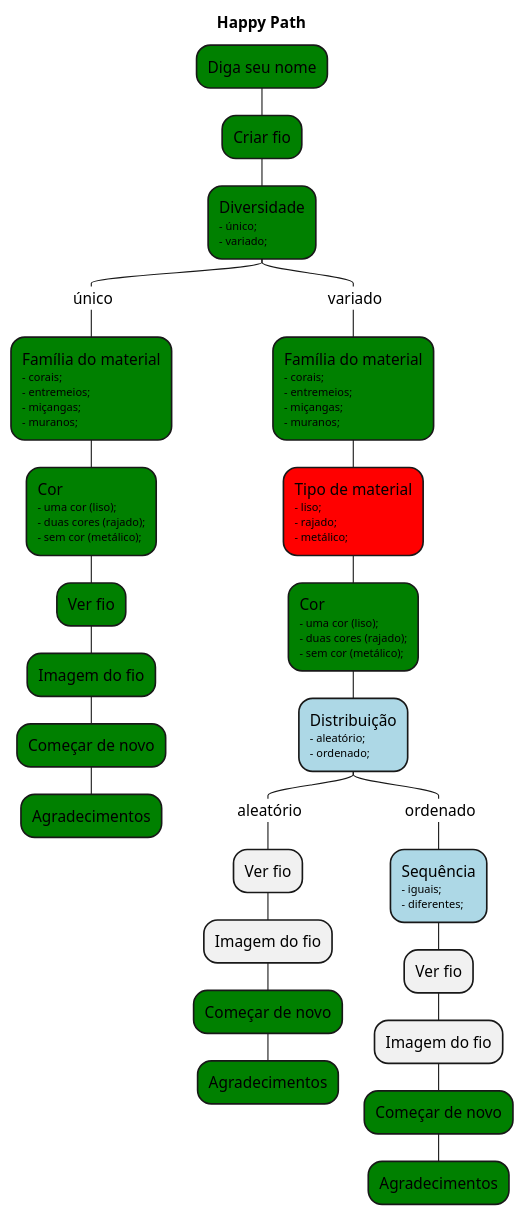
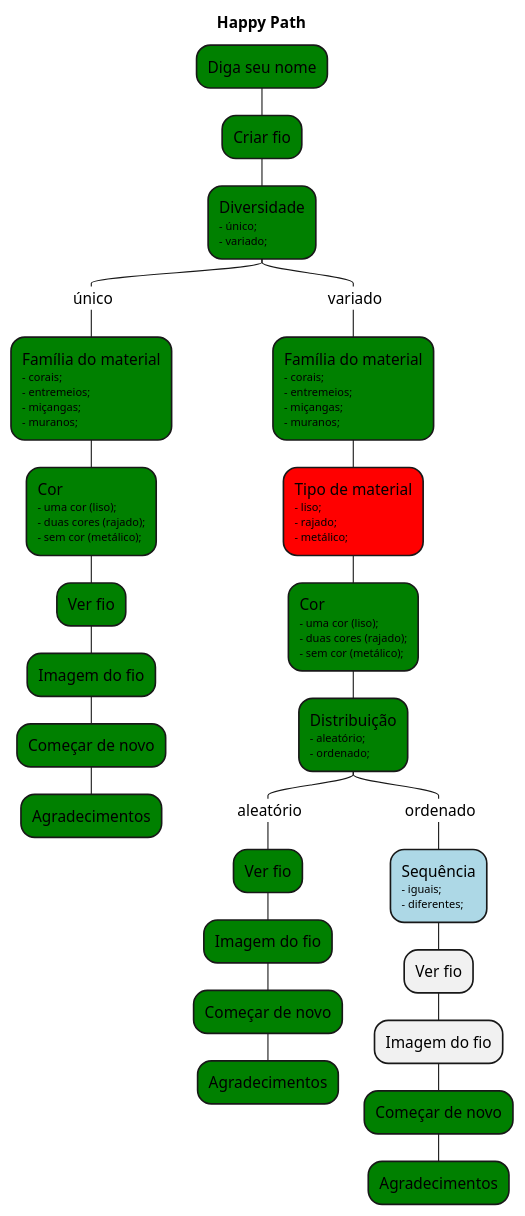
The diagram in __docs__/happy_path.puml (TecnoSigma/vo-maria), drawn with PlantUML before and after one commit. The commit also changed 1 other file, not shown here.

```diff
--- a/__docs__/happy_path.puml
+++ b/__docs__/happy_path.puml
@@ -1,35 +1,35 @@
 @startmindmap
 title Happy Path
 
 top to bottom direction
 
 *[#green] Diga seu nome
 **[#green] Criar fio
 
 ***[#green] Diversidade\n<size: 10>- único;\n<size: 10>- variado;
 ****_ único
 *****[#green] Família do material\n<size: 10>- corais;\n<size: 10>- entremeios;\n<size: 10>- miçangas;\n<size: 10>- muranos;
 ******[#green] Cor\n<size: 10>- uma cor (liso);\n<size: 10>- duas cores (rajado);\n<size: 10>- sem cor (metálico);
 *******[#green] Ver fio
 ********[#green] Imagem do fio
 *********[#green] Começar de novo
 **********[#green] Agradecimentos
 
 ****_ variado
 *****[#green] Família do material\n<size: 10>- corais;\n<size: 10>- entremeios;\n<size: 10>- miçangas;\n<size: 10>- muranos;
 ******[#red] Tipo de material\n<size: 10>- liso;\n<size: 10>- rajado;\n<size: 10>- metálico;
 *******[#green] Cor\n<size: 10>- uma cor (liso);\n<size: 10>- duas cores (rajado);\n<size: 10>- sem cor (metálico);
 
-********[#lightblue] Distribuição\n<size: 10>- aleatório;\n<size: 10>- ordenado;
+********[#green] Distribuição\n<size: 10>- aleatório;\n<size: 10>- ordenado;
 *********_ aleatório
-********** Ver fio
-*********** Imagem do fio
+**********[#green] Ver fio
+***********[#green] Imagem do fio
 ************[#green] Começar de novo
 *************[#green] Agradecimentos
 *********_ ordenado
 **********[#lightblue] Sequência\n<size: 10>- iguais;\n<size: 10>- diferentes;
 *********** Ver fio
 ************ Imagem do fio
 *************[#green] Começar de novo
 **************[#green] Agradecimentos
 @endmindmap
```
